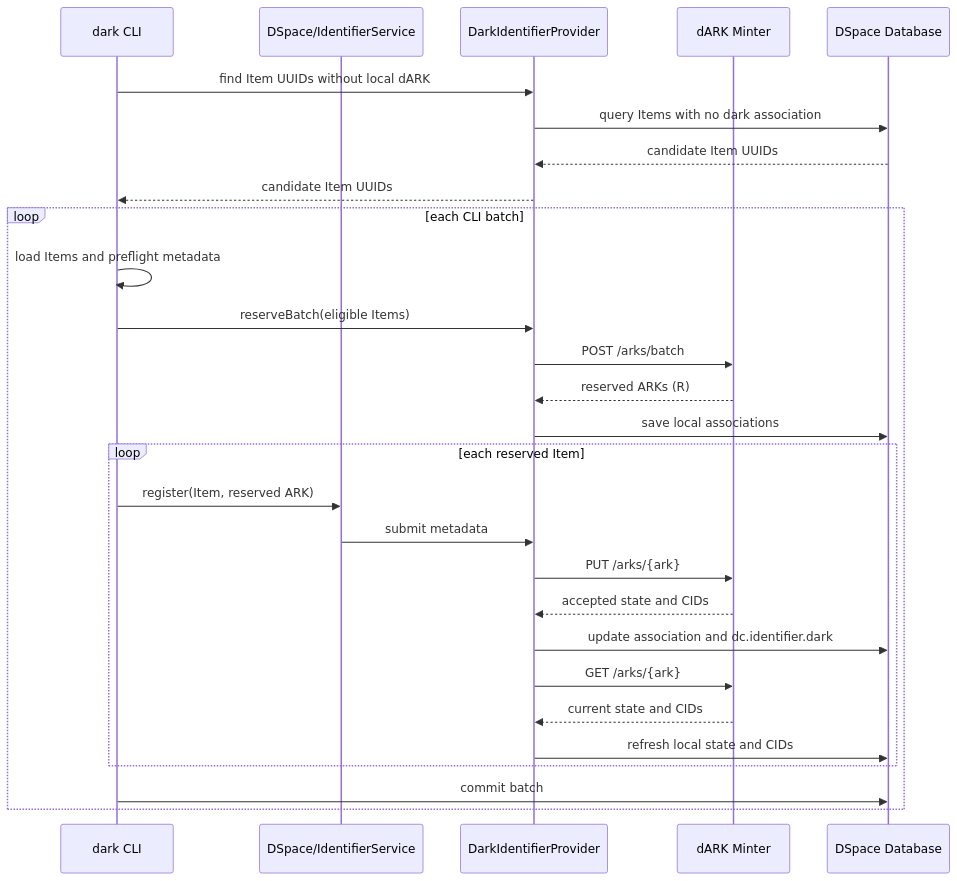
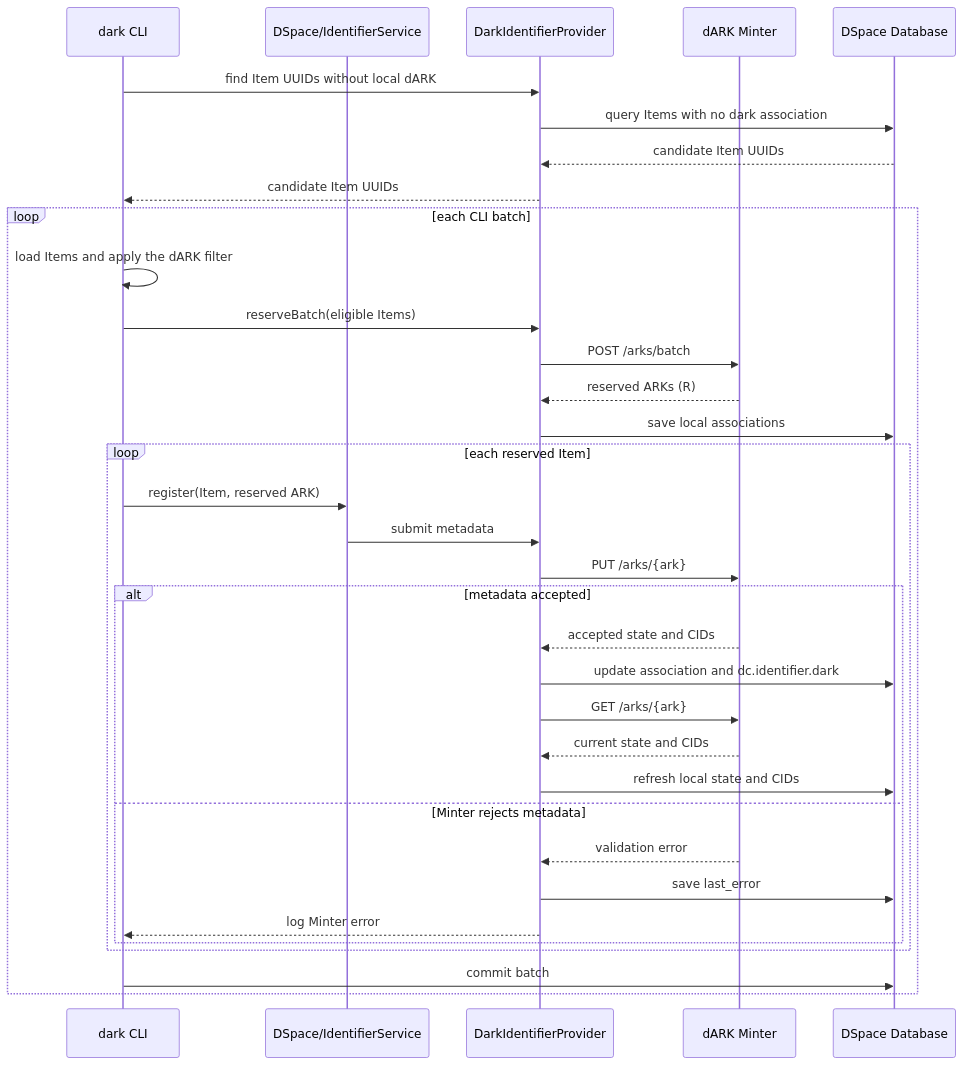
One commit to LA-Referencia-Lyrasis-Project/DSpace changed the third of 5 diagrams in docs/dark-dspace-integration.md. Above: the diagram before and after it, drawn with Mermaid. The commit also changed other lines of this file and 10 other files, not shown here.

First line of the commit message:
feat(dark): persist Minter validation errors and support retry

````diff
--- a/docs/dark-dspace-integration.md
+++ b/docs/dark-dspace-integration.md
@@ -194,31 +204,37 @@
 ```mermaid
 sequenceDiagram
     participant C as dark CLI
     participant D as DSpace/IdentifierService
     participant P as DarkIdentifierProvider
     participant M as dARK Minter
     participant DB as DSpace Database
 
     C->>P: find Item UUIDs without local dARK
     P->>DB: query Items with no dark association
     DB-->>P: candidate Item UUIDs
     P-->>C: candidate Item UUIDs
     loop each CLI batch
-        C->>C: load Items and preflight metadata
+        C->>C: load Items and apply the dARK filter
         C->>P: reserveBatch(eligible Items)
         P->>M: POST /arks/batch
         M-->>P: reserved ARKs (R)
         P->>DB: save local associations
         loop each reserved Item
             C->>D: register(Item, reserved ARK)
             D->>P: submit metadata
             P->>M: PUT /arks/{ark}
-            M-->>P: accepted state and CIDs
-            P->>DB: update association and dc.identifier.dark
-            P->>M: GET /arks/{ark}
-            M-->>P: current state and CIDs
-            P->>DB: refresh local state and CIDs
+            alt metadata accepted
+                M-->>P: accepted state and CIDs
+                P->>DB: update association and dc.identifier.dark
+                P->>M: GET /arks/{ark}
+                M-->>P: current state and CIDs
+                P->>DB: refresh local state and CIDs
+            else Minter rejects metadata
+                M-->>P: validation error
+                P->>DB: save last_error
+                P-->>C: log Minter error
+            end
         end
         C->>DB: commit batch
     end
 ```
````
